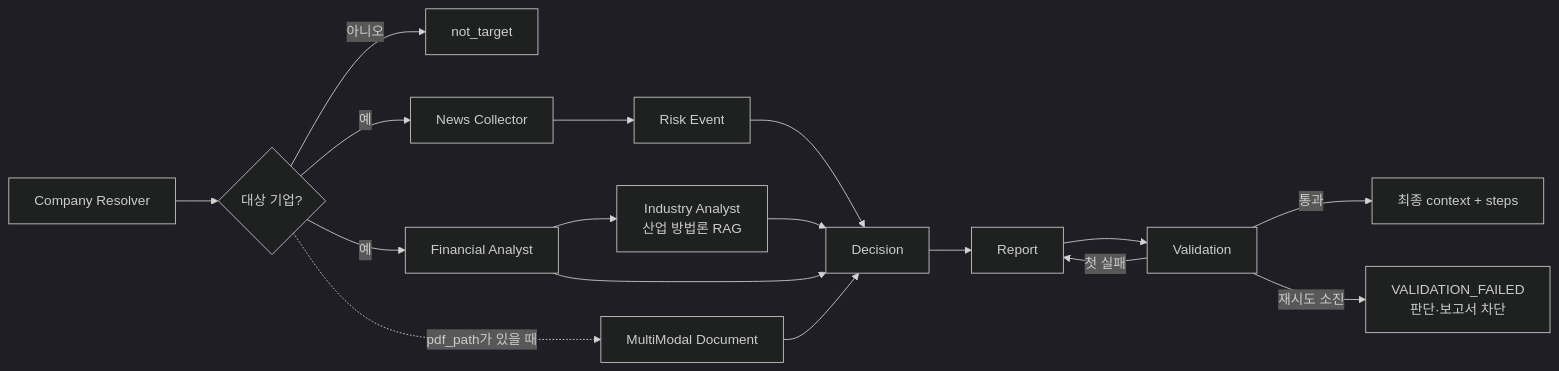
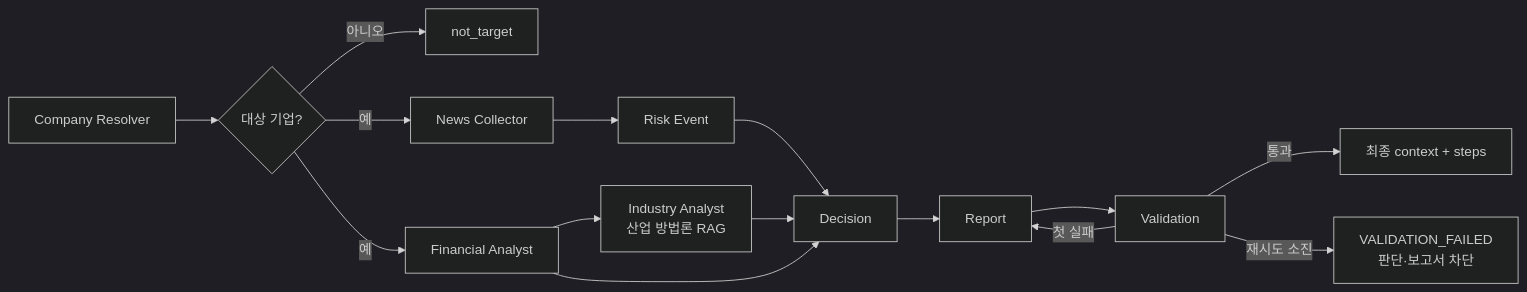
The second of 2 diagrams in README.md (hypoxisaurea/FinAgent-SME), drawn with Mermaid (dark theme) before and after one commit. The commit also changed other lines of this file and 18 other files, not shown here.

````diff
--- a/README.md
+++ b/README.md
@@ -39,19 +39,17 @@
 ```mermaid
 flowchart LR
     A[Company Resolver] --> B{대상 기업?}
     B -->|아니오| X[not_target]
     B -->|예| N[News Collector]
     B -->|예| F[Financial Analyst]
-    B -.->|pdf_path가 있을 때| M[MultiModal Document]
     N --> K[Risk Event]
     F --> I[Industry Analyst\n산업 방법론 RAG]
     K --> D[Decision]
     I --> D
     F --> D
-    M --> D
     D --> R[Report]
     R --> V[Validation]
     V -->|통과| Z[최종 context + steps]
     V -->|첫 실패| R
     V -->|재시도 소진| Y[VALIDATION_FAILED\n판단·보고서 차단]
 ```
````
